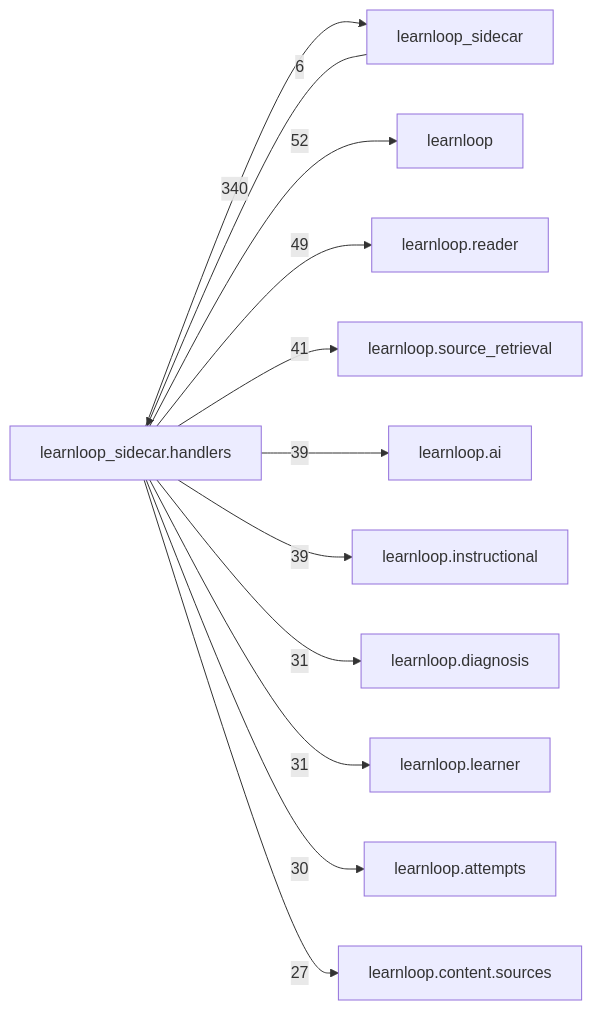
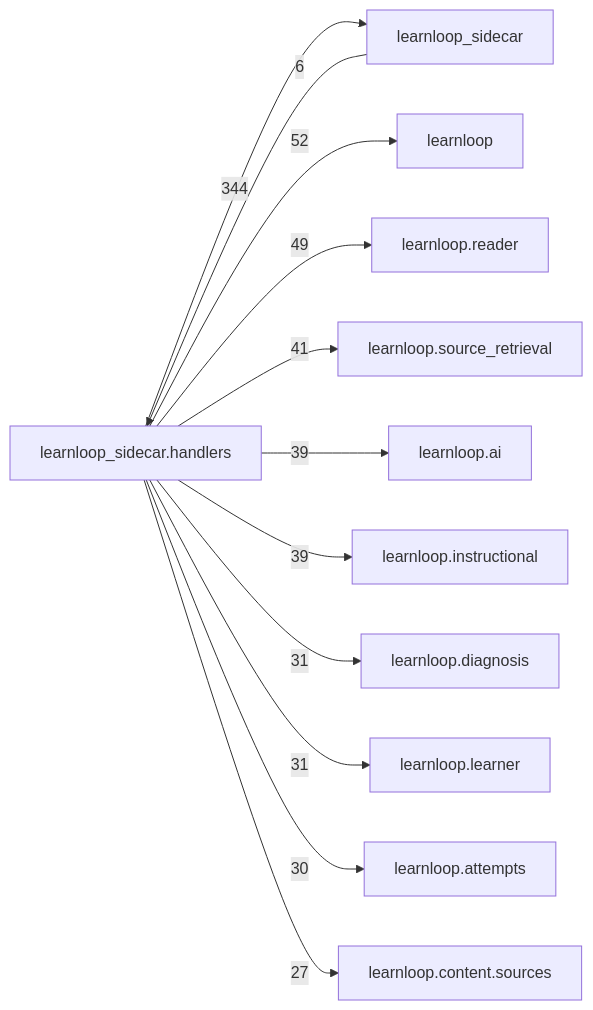
Before and after one commit to 6up-b/learnanything: the diagram in docs/learnloop-architecture-vault/Reference/Modules/learnloop_sidecar/handlers/_package.md, drawn with Mermaid. The commit also changed other lines of this file and 61 other files, not shown here.

First line of the commit message:
References regenerated on B9 (learnloop.why, the sidecar's why handler, line shifts)

````diff
--- a/docs/learnloop-architecture-vault/Reference/Modules/learnloop_sidecar/handlers/_package.md
+++ b/docs/learnloop-architecture-vault/Reference/Modules/learnloop_sidecar/handlers/_package.md
@@ -267,25 +270,25 @@
 ```mermaid
 flowchart LR
     center["learnloop_sidecar.handlers"]
     n_learnloop_sidecar["learnloop_sidecar"]
     n_learnloop["learnloop"]
     n_learnloop_reader["learnloop.reader"]
     n_learnloop_source_retrieval["learnloop.source_retrieval"]
     n_learnloop_ai["learnloop.ai"]
     n_learnloop_instructional["learnloop.instructional"]
     n_learnloop_diagnosis["learnloop.diagnosis"]
     n_learnloop_learner["learnloop.learner"]
     n_learnloop_attempts["learnloop.attempts"]
     n_learnloop_content_sources["learnloop.content.sources"]
     n_learnloop_sidecar -->|6| center
-    center -->|340| n_learnloop_sidecar
+    center -->|344| n_learnloop_sidecar
     center -->|52| n_learnloop
     center -->|49| n_learnloop_reader
     center -->|41| n_learnloop_source_retrieval
     center -->|39| n_learnloop_ai
     center -->|39| n_learnloop_instructional
     center -->|31| n_learnloop_diagnosis
     center -->|31| n_learnloop_learner
     center -->|30| n_learnloop_attempts
     center -->|27| n_learnloop_content_sources
 ```
````
